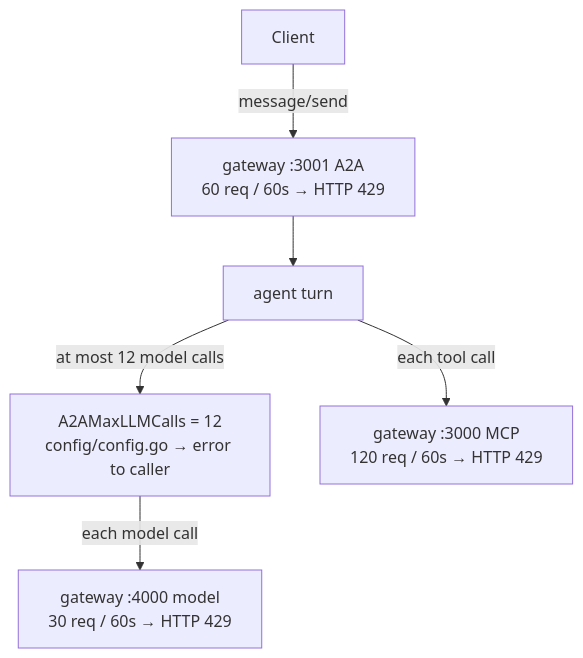
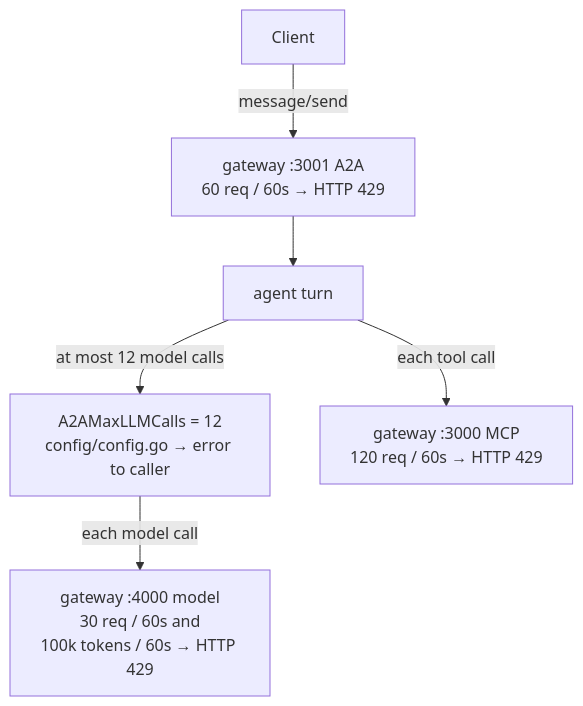
Before and after one commit to LuiGGi629/agentops-open-course: the first of 2 diagrams in content/7. Observability/7.3. Costs.md, drawn with Mermaid. The commit also changed other lines of this file and 49 other files, not shown here.

````diff
--- a/content/7. Observability/7.3. Costs.md
+++ b/content/7. Observability/7.3. Costs.md
@@ -68,8 +68,8 @@
 ```mermaid
 flowchart TD
   Client[Client] -->|message/send| A2A["gateway :3001 A2A<br/>60 req / 60s → HTTP 429"]
   A2A --> Agent[agent turn]
   Agent -->|at most 12 model calls| Cap["A2AMaxLLMCalls = 12<br/>config/config.go → error to caller"]
-  Cap -->|each model call| LLM["gateway :4000 model<br/>30 req / 60s → HTTP 429"]
+  Cap -->|each model call| LLM["gateway :4000 model<br/>30 req / 60s and<br/>100k tokens / 60s → HTTP 429"]
   Agent -->|each tool call| MCP["gateway :3000 MCP<br/>120 req / 60s → HTTP 429"]
 ```
````
